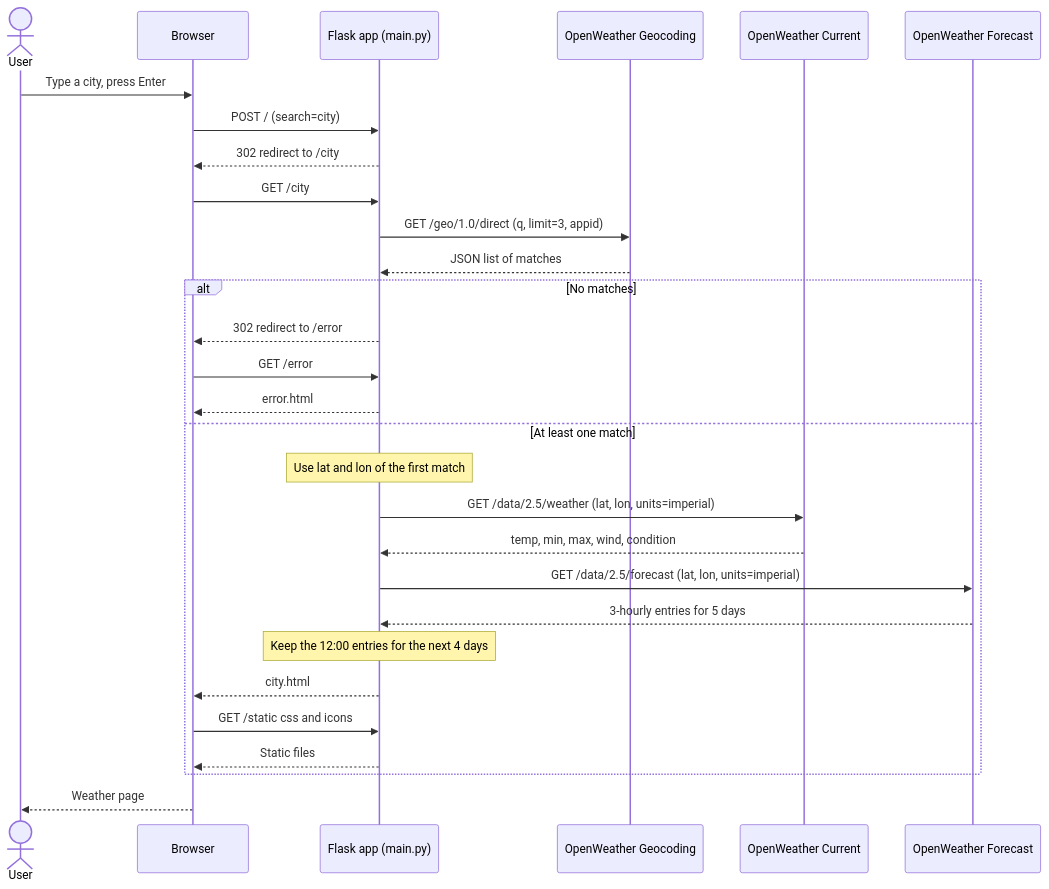
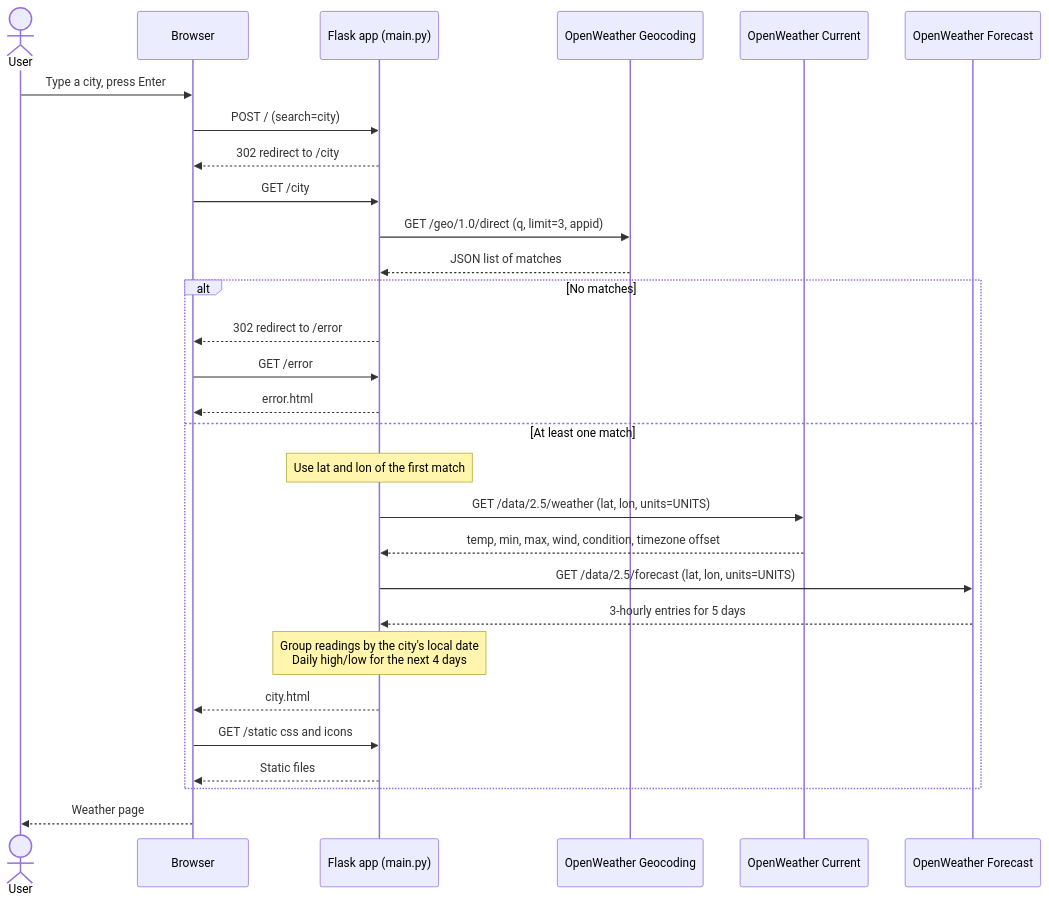
Before and after one commit to dpreschel/claude-code-training: the second of 3 diagrams in exercises/python/weather-app/docs/architecture.md, drawn with Mermaid. The commit also changed other lines of this file and 9 other files, not shown here.

````diff
--- a/exercises/python/weather-app/docs/architecture.md
+++ b/exercises/python/weather-app/docs/architecture.md
@@ -60,35 +60,35 @@
 ```mermaid
 sequenceDiagram
     actor User
     participant Browser
     participant Flask as Flask app (main.py)
     participant Geo as OpenWeather Geocoding
     participant Current as OpenWeather Current
     participant Forecast as OpenWeather Forecast
 
     User->>Browser: Type a city, press Enter
     Browser->>Flask: POST / (search=city)
     Flask-->>Browser: 302 redirect to /city
     Browser->>Flask: GET /city
 
     Flask->>Geo: GET /geo/1.0/direct (q, limit=3, appid)
     Geo-->>Flask: JSON list of matches
 
     alt No matches
         Flask-->>Browser: 302 redirect to /error
         Browser->>Flask: GET /error
         Flask-->>Browser: error.html
     else At least one match
         Note over Flask: Use lat and lon of the first match
-        Flask->>Current: GET /data/2.5/weather (lat, lon, units=imperial)
-        Current-->>Flask: temp, min, max, wind, condition
-        Flask->>Forecast: GET /data/2.5/forecast (lat, lon, units=imperial)
+        Flask->>Current: GET /data/2.5/weather (lat, lon, units=UNITS)
+        Current-->>Flask: temp, min, max, wind, condition, timezone offset
+        Flask->>Forecast: GET /data/2.5/forecast (lat, lon, units=UNITS)
         Forecast-->>Flask: 3-hourly entries for 5 days
-        Note over Flask: Keep the 12:00 entries for the next 4 days
+        Note over Flask: Group readings by the city's local date<br/>Daily high/low for the next 4 days
         Flask-->>Browser: city.html
         Browser->>Flask: GET /static css and icons
         Flask-->>Browser: Static files
     end
 
     Browser-->>User: Weather page
 ```
````
